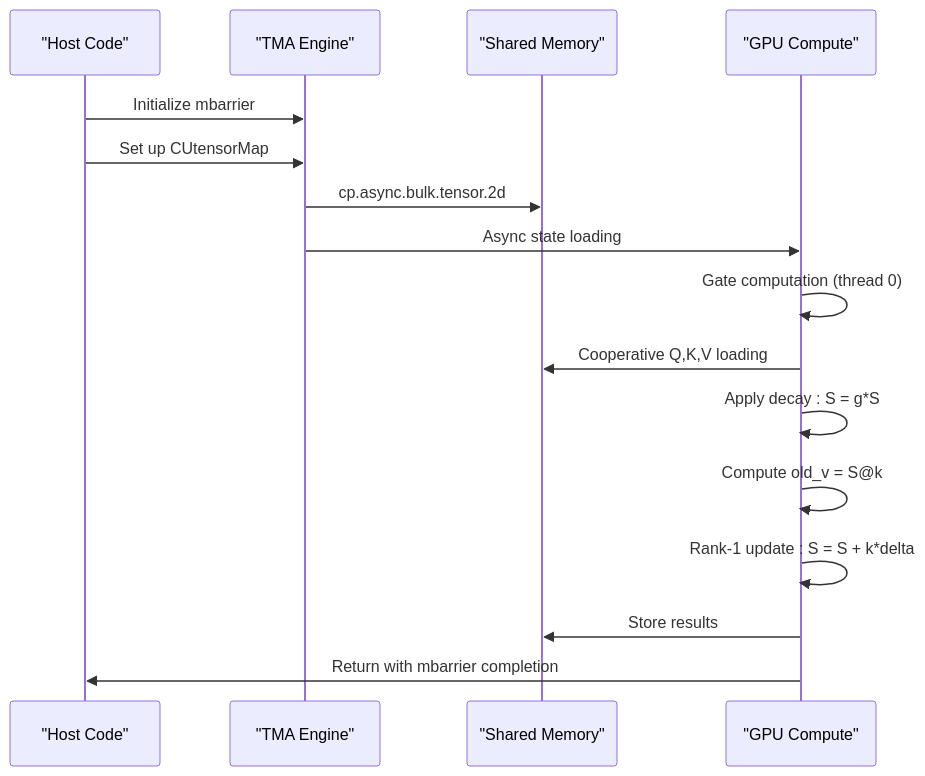
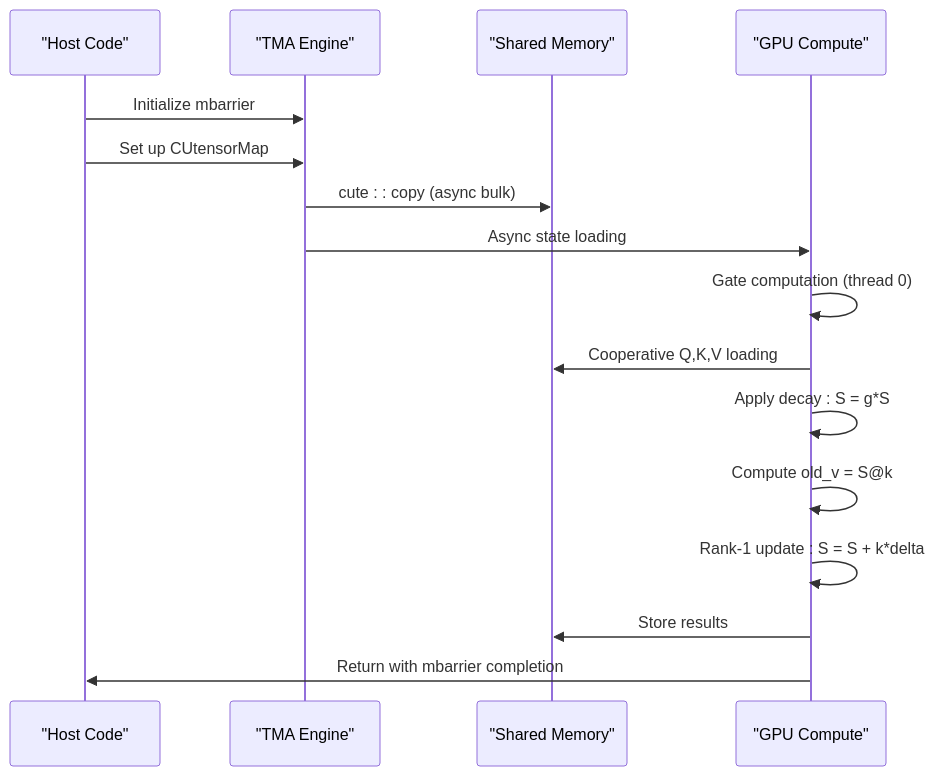
One commit to gugudeshubao/flashinfer-bench-tma-thrust changed the third of 7 diagrams in .qoder/repowiki/en/content/Core Kernels/Core Kernels.md. Above: the diagram before and after it, drawn with Mermaid. The commit also changed other lines of this file and 19 other files, not shown here.

````diff
--- a/.qoder/repowiki/en/content/Core Kernels/Core Kernels.md
+++ b/.qoder/repowiki/en/content/Core Kernels/Core Kernels.md
@@ -256,18 +295,18 @@
 ```mermaid
 sequenceDiagram
 participant Host as "Host Code"
 participant TMA as "TMA Engine"
 participant SMEM as "Shared Memory"
 participant GPU as "GPU Compute"
 Host->>TMA : Initialize mbarrier
 Host->>TMA : Set up CUtensorMap
-TMA->>SMEM : cp.async.bulk.tensor.2d
+TMA->>SMEM : cute : : copy (async bulk)
 TMA->>GPU : Async state loading
 GPU->>GPU : Gate computation (thread 0)
 GPU->>SMEM : Cooperative Q,K,V loading
 GPU->>GPU : Apply decay : S = g*S
 GPU->>GPU : Compute old_v = S@k
 GPU->>GPU : Rank-1 update : S = S + k*delta
 GPU->>SMEM : Store results
 GPU->>Host : Return with mbarrier completion
 ```
````
